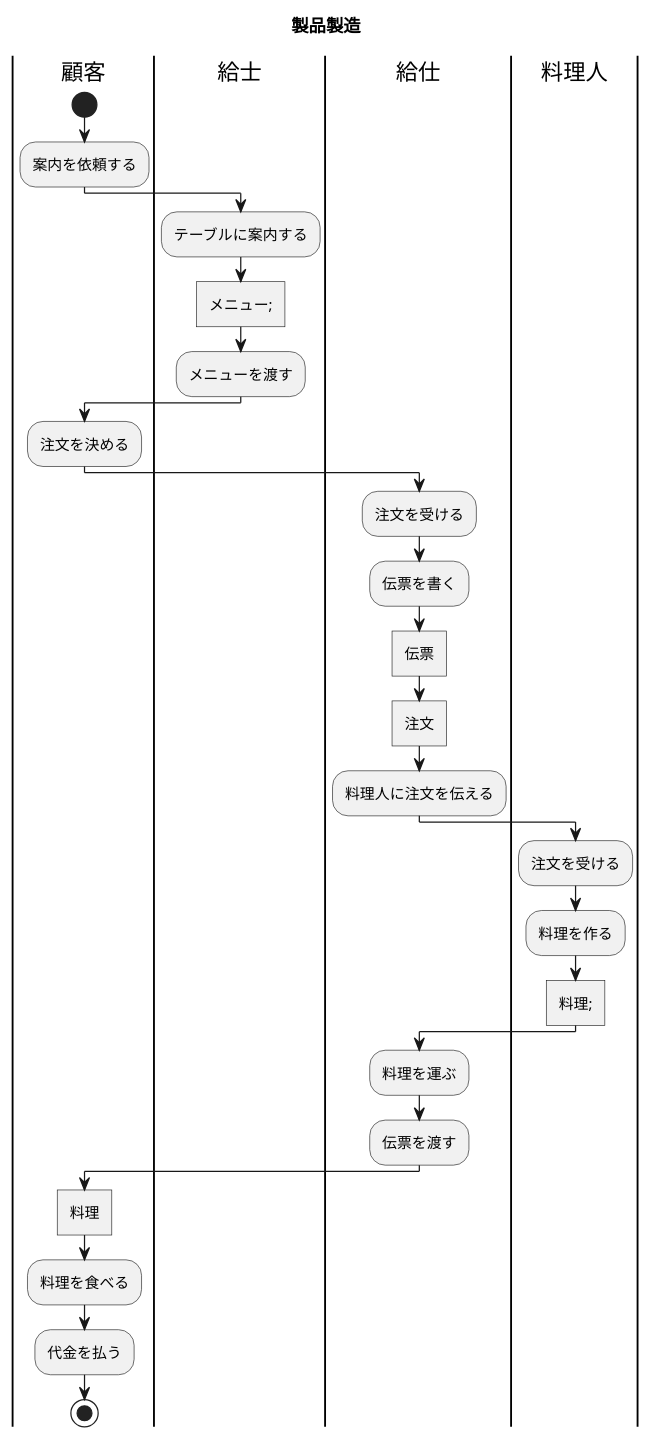
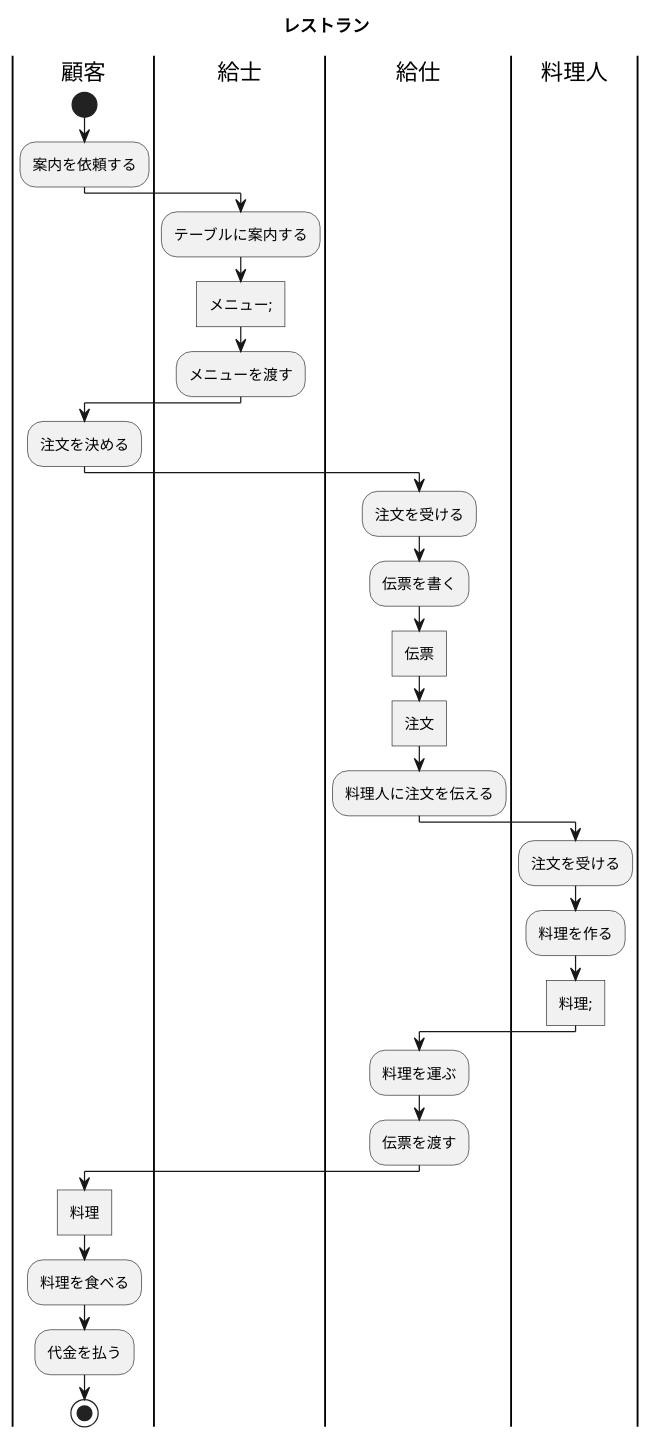
Before and after one commit to hitokin/uml_introduction: the diagram in 演習7/演習7-3_AC_レストランのアクティビティ図.pu, drawn with PlantUML. The commit also changed 2 other files, not shown here.

```diff
--- a/演習7/演習7-3_AC_レストランのアクティビティ図.pu
+++ b/演習7/演習7-3_AC_レストランのアクティビティ図.pu
@@ -1,30 +1,30 @@
 @startuml
-title 製品製造
+title レストラン
 |顧客|
 start
 :案内を依頼する;
 |給士|
 :テーブルに案内する;
 :メニュー;]
 :メニューを渡す;
 |顧客|
 :注文を決める;
 |給仕|
 :注文を受ける;
 :伝票を書く;
 :伝票] 
 :注文]
 :料理人に注文を伝える;
 |料理人|
 :注文を受ける;
 :料理を作る;
 :料理;]
 |給仕|
 :料理を運ぶ;
 :伝票を渡す;
 |顧客|
 :料理]
 :料理を食べる;
 :代金を払う;
 stop
 @enduml
```
